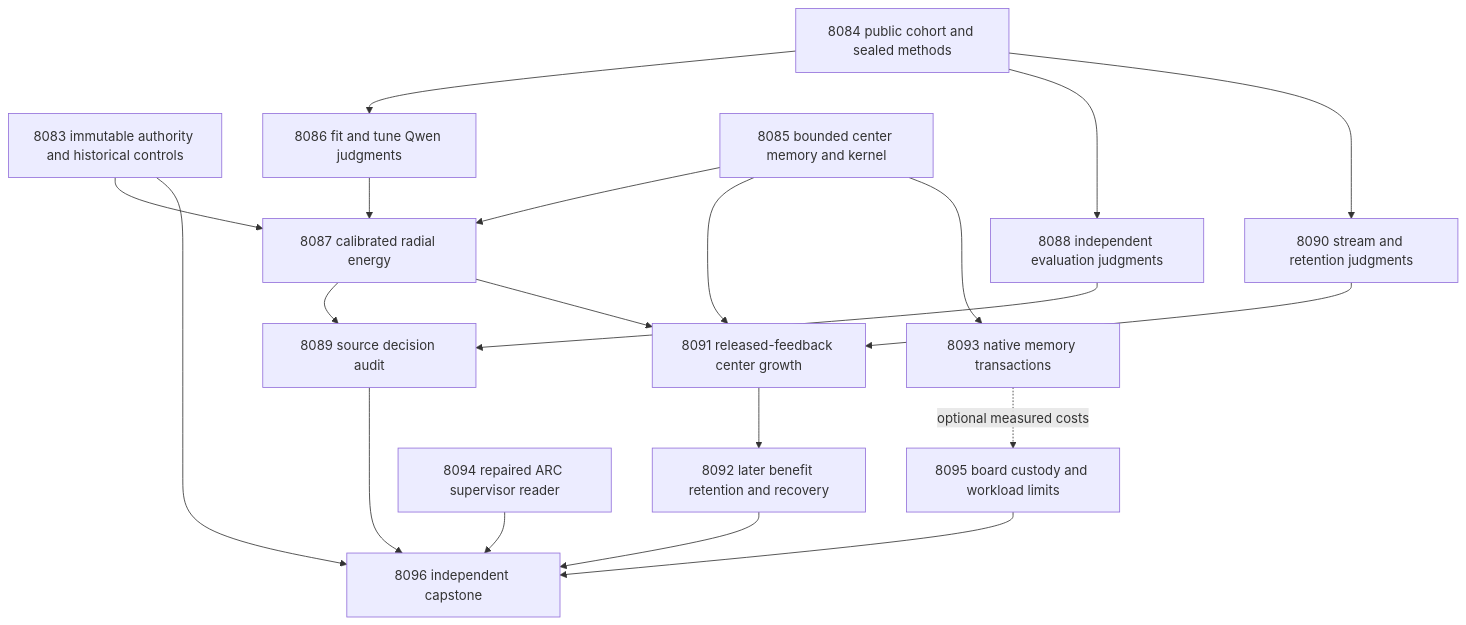
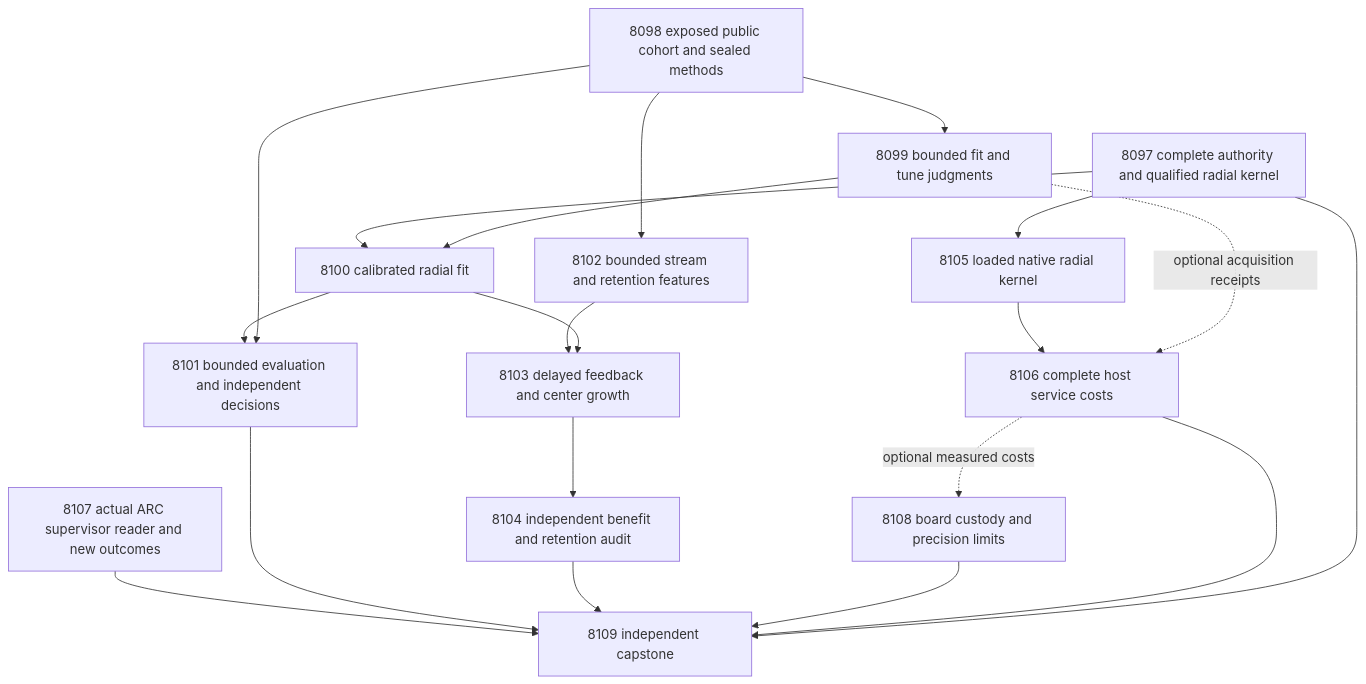
The diagram in openspec/change-proposals/research-roadmap-vNEXT.md (Carnot-EBM/carnot-ebm), drawn with Mermaid before and after one commit. The commit also changed other lines of this file and 18 other files, not shown here.

````diff
--- a/openspec/change-proposals/research-roadmap-vNEXT.md
+++ b/openspec/change-proposals/research-roadmap-vNEXT.md
@@ -79,22 +75,22 @@
 ```mermaid
 flowchart TD
-  C[8083 immutable authority and historical controls] --> F[8087 calibrated radial energy]
-  M[8084 public cohort and sealed methods] --> Q[8086 fit and tune Qwen judgments]
-  K[8085 bounded center memory and kernel] --> F
+  A[8097 complete authority and qualified radial kernel] --> F[8100 calibrated radial fit]
+  M[8098 exposed public cohort and sealed methods] --> Q[8099 bounded fit and tune judgments]
   Q --> F
-  M --> E[8088 independent evaluation judgments]
-  F --> A[8089 source decision audit]
-  E --> A
-  M --> S[8090 stream and retention judgments]
-  S --> L[8091 released-feedback center growth]
+  F --> E[8101 bounded evaluation and independent decisions]
+  M --> E
+  M --> S[8102 bounded stream and retention features]
+  S --> L[8103 delayed feedback and center growth]
   F --> L
-  K --> L
-  L --> R[8092 later benefit retention and recovery]
-  K --> N[8093 native memory transactions]
-  N -. optional measured costs .-> H[8095 board custody and workload limits]
-  B[8094 repaired ARC supervisor reader] --> Z[8096 independent capstone]
-  A --> Z
+  L --> R[8104 independent benefit and retention audit]
+  A --> N[8105 loaded native radial kernel]
+  N --> C[8106 complete host service costs]
+  Q -. optional acquisition receipts .-> C
+  C -. optional measured costs .-> H[8108 board custody and precision limits]
+  B[8107 actual ARC supervisor reader and new outcomes] --> Z[8109 independent capstone]
+  E --> Z
   R --> Z
   H --> Z
   C --> Z
+  A --> Z
 ```
````
